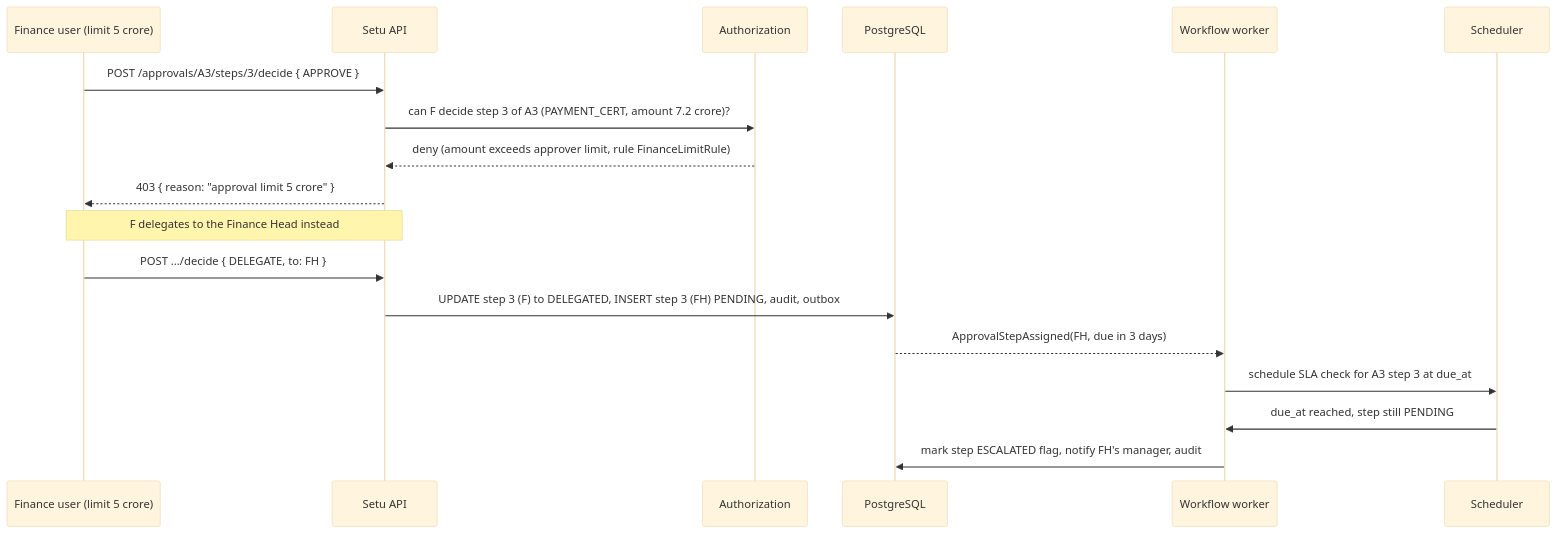
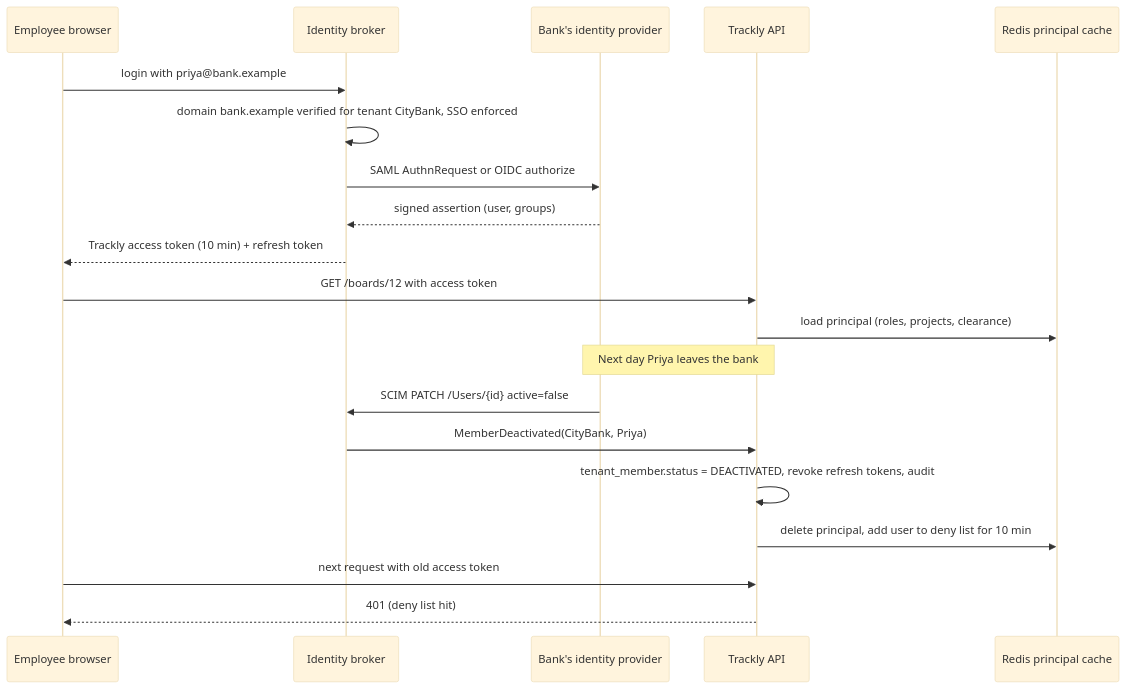
The third of 3 diagrams in content/lessons/m17/m17-multi-tenant-pm.md (rizwi0786/system-design-lab), drawn with Mermaid (base theme) before and after one commit. The commit also changed other lines of this file and 334 other files, not shown here.

````diff
--- a/content/lessons/m17/m17-multi-tenant-pm.md
+++ b/content/lessons/m17/m17-multi-tenant-pm.md
@@ -341,20 +410,22 @@
 ```mermaid
 sequenceDiagram
-    participant F as Finance user (limit 5 crore)
-    participant API as Setu API
-    participant AZ as Authorization
-    participant DB as PostgreSQL
-    participant WF as Workflow worker
-    participant SCH as Scheduler
-    F->>API: POST /approvals/A3/steps/3/decide { APPROVE }
-    API->>AZ: can F decide step 3 of A3 (PAYMENT_CERT, amount 7.2 crore)?
-    AZ-->>API: deny (amount exceeds approver limit, rule FinanceLimitRule)
-    API-->>F: 403 { reason: "approval limit 5 crore" }
-    Note over F,API: F delegates to the Finance Head instead
-    F->>API: POST .../decide { DELEGATE, to: FH }
-    API->>DB: UPDATE step 3 (F) to DELEGATED, INSERT step 3 (FH) PENDING, audit, outbox
-    DB-->>WF: ApprovalStepAssigned(FH, due in 3 days)
-    WF->>SCH: schedule SLA check for A3 step 3 at due_at
-    SCH->>WF: due_at reached, step still PENDING
-    WF->>DB: mark step ESCALATED flag, notify FH's manager, audit
+    participant E as Employee browser
+    participant IB as Identity broker
+    participant IDP as Bank's identity provider
+    participant API as Trackly API
+    participant RD as Redis principal cache
+    E->>IB: login with priya@bank.example
+    IB->>IB: domain bank.example verified for tenant CityBank, SSO enforced
+    IB->>IDP: SAML AuthnRequest or OIDC authorize
+    IDP-->>IB: signed assertion (user, groups)
+    IB-->>E: Trackly access token (10 min) + refresh token
+    E->>API: GET /boards/12 with access token
+    API->>RD: load principal (roles, projects, clearance)
+    Note over IDP,API: Next day Priya leaves the bank
+    IDP->>IB: SCIM PATCH /Users/{id} active=false
+    IB->>API: MemberDeactivated(CityBank, Priya)
+    API->>API: tenant_member.status = DEACTIVATED, revoke refresh tokens, audit
+    API->>RD: delete principal, add user to deny list for 10 min
+    E->>API: next request with old access token
+    API-->>E: 401 (deny list hit)
 ```
````
